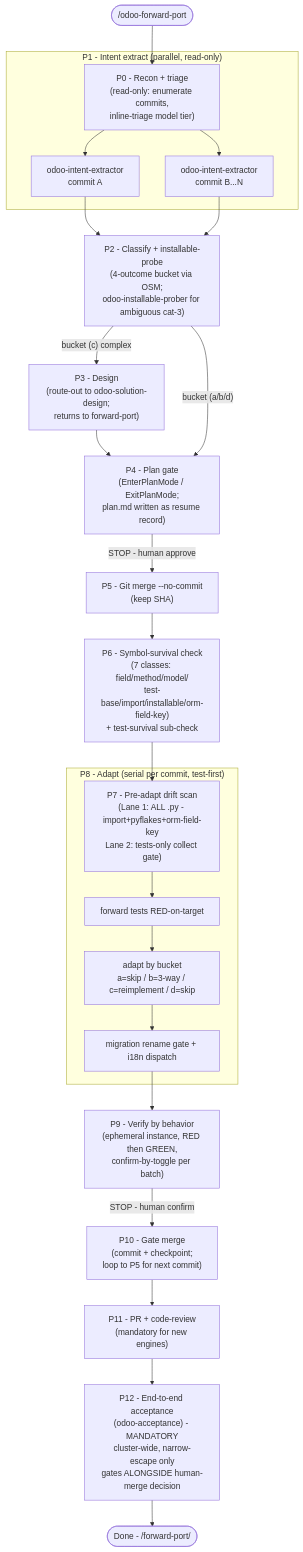
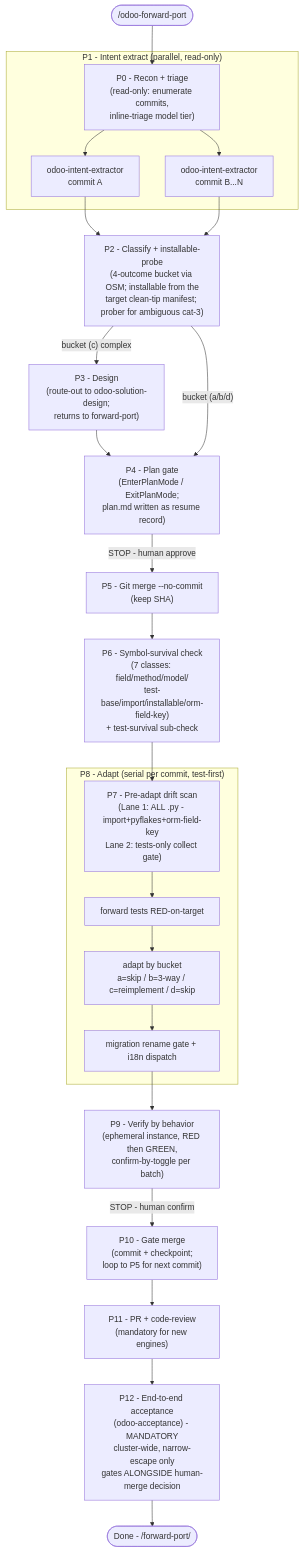
Before and after one commit to Viindoo/odoo-mcp-client: the fifth of 9 diagrams in plugins/odoo-ai-agents/README.md, drawn with Mermaid. The commit also changed other lines of this file and 10 other files, not shown here.

````diff
--- a/plugins/odoo-ai-agents/README.md
+++ b/plugins/odoo-ai-agents/README.md
@@ -378,33 +378,33 @@
 ```mermaid
 flowchart TD
     START(["/odoo-forward-port"])
     START --> P0["P0 - Recon + triage<br/>(read-only: enumerate commits,<br/>inline-triage model tier)"]
 
     subgraph P1_grp["P1 - Intent extract (parallel, read-only)"]
         P0 --> IE1["odoo-intent-extractor<br/>commit A"]
         P0 --> IE2["odoo-intent-extractor<br/>commit B...N"]
     end
 
-    IE1 --> P2["P2 - Classify + installable-probe<br/>(4-outcome bucket via OSM;<br/>odoo-installable-prober for ambiguous cat-3)"]
+    IE1 --> P2["P2 - Classify + installable-probe<br/>(4-outcome bucket via OSM; installable from the<br/>target clean-tip manifest; prober for ambiguous cat-3)"]
     IE2 --> P2
 
     P2 -->|"bucket (c) complex"| P3["P3 - Design<br/>(route-out to odoo-solution-design;<br/>returns to forward-port)"]
     P3 --> P4_gate
     P2 -->|"bucket (a/b/d)"| P4_gate["P4 - Plan gate<br/>(EnterPlanMode / ExitPlanMode;<br/>plan.md written as resume record)"]
     P4_gate -->|"STOP - human approve"| P5["P5 - Git merge --no-commit<br/>(keep SHA)"]
 
     P5 --> P6["P6 - Symbol-survival check<br/>(7 classes: field/method/model/<br/>test-base/import/installable/orm-field-key)<br/>+ test-survival sub-check"]
     P6 --> P7["P7 - Pre-adapt drift scan<br/>(Lane 1: ALL .py - import+pyflakes+orm-field-key<br/>Lane 2: tests-only collect gate)"]
 
     subgraph P8_grp["P8 - Adapt (serial per commit, test-first)"]
         P7 --> PA["forward tests RED-on-target"]
         PA --> PB["adapt by bucket<br/>a=skip / b=3-way / c=reimplement / d=skip"]
         PB --> PC["migration rename gate + i18n dispatch"]
     end
 
     PC --> P9["P9 - Verify by behavior<br/>(ephemeral instance, RED then GREEN,<br/>confirm-by-toggle per batch)"]
     P9 -->|"STOP - human confirm"| P10["P10 - Gate merge<br/>(commit + checkpoint;<br/>loop to P5 for next commit)"]
     P10 --> P11["P11 - PR + code-review<br/>(mandatory for new engines)"]
     P11 --> P12["P12 - End-to-end acceptance<br/>(odoo-acceptance) - MANDATORY<br/>cluster-wide, narrow-escape only<br/>gates ALONGSIDE human-merge decision"]
     P12 --> DONE(["Done - <ISOLATE_DIR>/forward-port/"])
 ```
````
